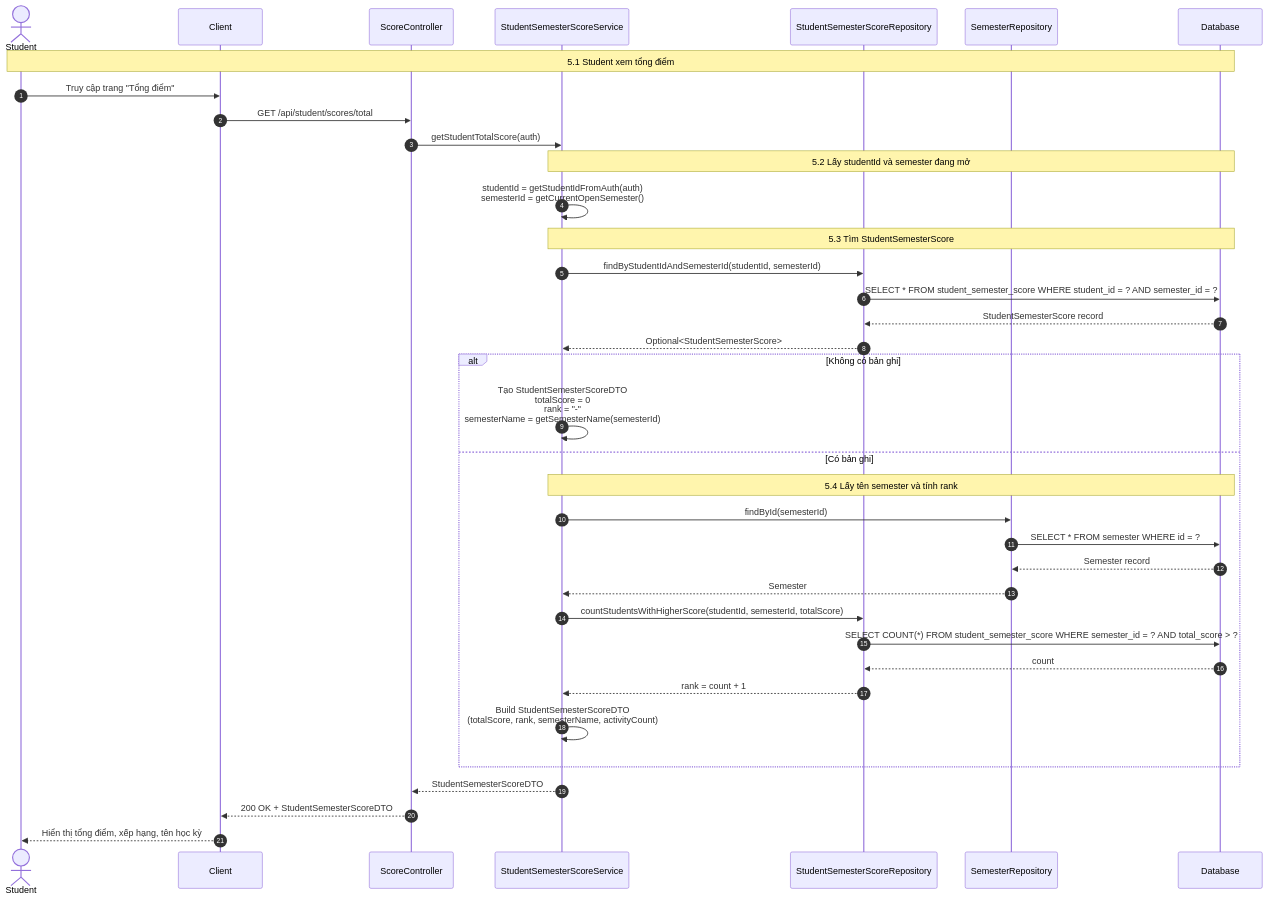
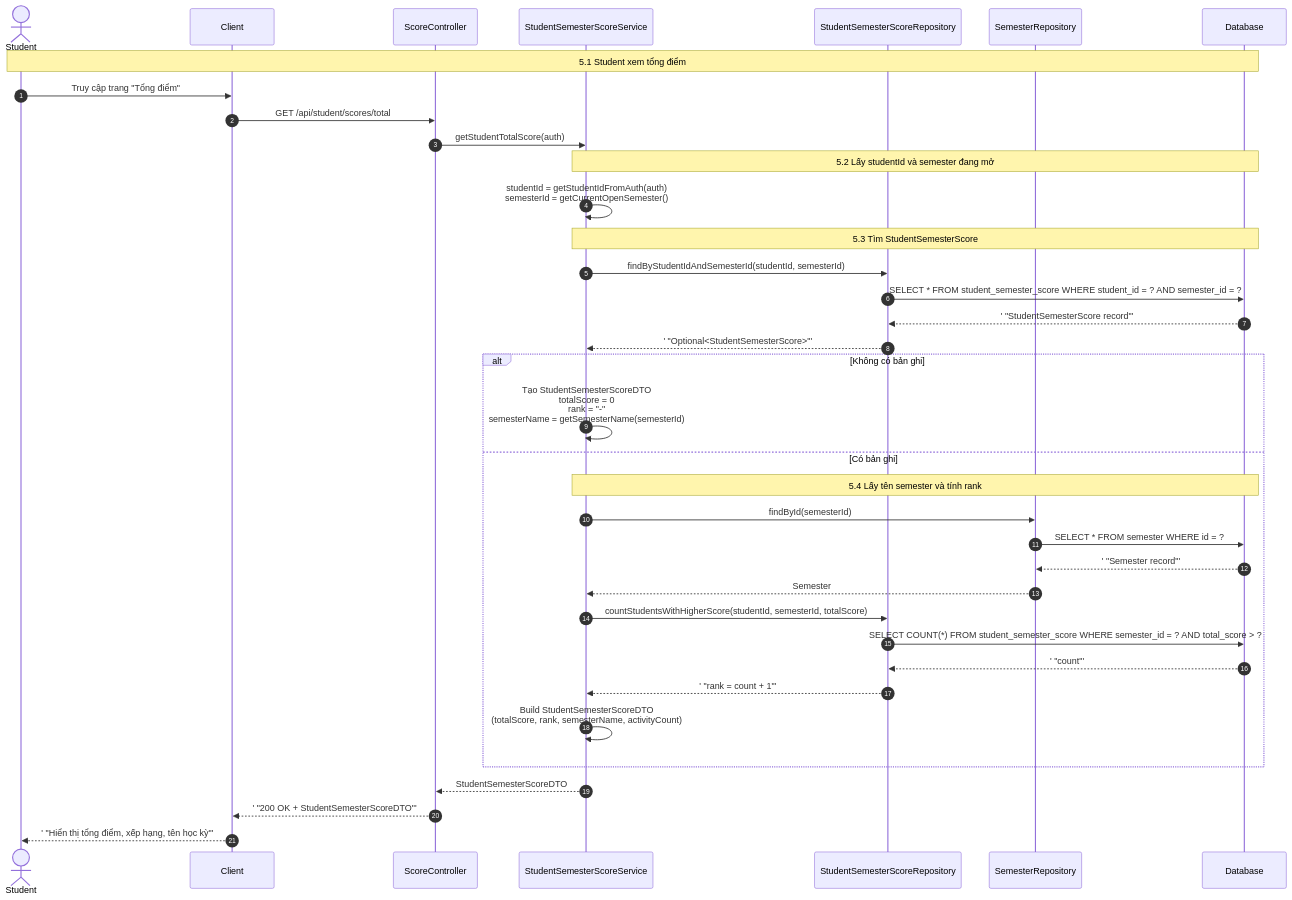
The fifth of 9 diagrams in docs/sequence-diagramV2/sequence-diagram-score.md (mchien04/CampusLife), drawn with Mermaid before and after one commit. The commit also changed other lines of this file and 18 other files, not shown here.

First line of the commit message:
fix(sequence-diagramV2): fix Mermaid parse errors

````diff
--- a/docs/sequence-diagramV2/sequence-diagram-score.md
+++ b/docs/sequence-diagramV2/sequence-diagram-score.md
@@ -304,44 +304,44 @@
 ```mermaid
 sequenceDiagram
     autonumber
     actor S as Student
     participant C as Client
     participant CTL as ScoreController
     participant SSS as StudentSemesterScoreService
     participant SSR as StudentSemesterScoreRepository
     participant SR as SemesterRepository
     participant DB as Database
 
     Note over S,DB: 5.1 Student xem tổng điểm
     S->>C: Truy cập trang "Tổng điểm"
     C->>CTL: GET /api/student/scores/total
     CTL->>SSS: getStudentTotalScore(auth)
 
     Note over SSS,DB: 5.2 Lấy studentId và semester đang mở
     SSS->>SSS: studentId = getStudentIdFromAuth(auth)<br/>semesterId = getCurrentOpenSemester()
 
     Note over SSS,DB: 5.3 Tìm StudentSemesterScore
     SSS->>SSR: findByStudentIdAndSemesterId(studentId, semesterId)
     SSR->>DB: SELECT * FROM student_semester_score WHERE student_id = ? AND semester_id = ?
-    DB-->>SSR: StudentSemesterScore record
-    SSR-->>SSS: Optional<StudentSemesterScore>
+    DB-->>SSR:' "StudentSemesterScore record"'
+    SSR-->>SSS:' "Optional<StudentSemesterScore>"'
 
     alt Không có bản ghi
         SSS->>SSS: Tạo StudentSemesterScoreDTO<br/>totalScore = 0<br/>rank = "-"<br/>semesterName = getSemesterName(semesterId)
     else Có bản ghi
         Note over SSS,DB: 5.4 Lấy tên semester và tính rank
         SSS->>SR: findById(semesterId)
         SR->>DB: SELECT * FROM semester WHERE id = ?
-        DB-->>SR: Semester record
+        DB-->>SR:' "Semester record"'
         SR-->>SSS: Semester
         SSS->>SSR: countStudentsWithHigherScore(studentId, semesterId, totalScore)
         SSR->>DB: SELECT COUNT(*) FROM student_semester_score WHERE semester_id = ? AND total_score > ?
-        DB-->>SSR: count
-        SSR-->>SSS: rank = count + 1
+        DB-->>SSR:' "count"'
+        SSR-->>SSS:' "rank = count + 1"'
         SSS->>SSS: Build StudentSemesterScoreDTO<br/>(totalScore, rank, semesterName, activityCount)
     end
 
     SSS-->>CTL: StudentSemesterScoreDTO
-    CTL-->>C: 200 OK + StudentSemesterScoreDTO
-    C-->>S: Hiển thị tổng điểm, xếp hạng, tên học kỳ
+    CTL-->>C:' "200 OK + StudentSemesterScoreDTO"'
+    C-->>S:' "Hiển thị tổng điểm, xếp hạng, tên học kỳ"'
 ```
````
